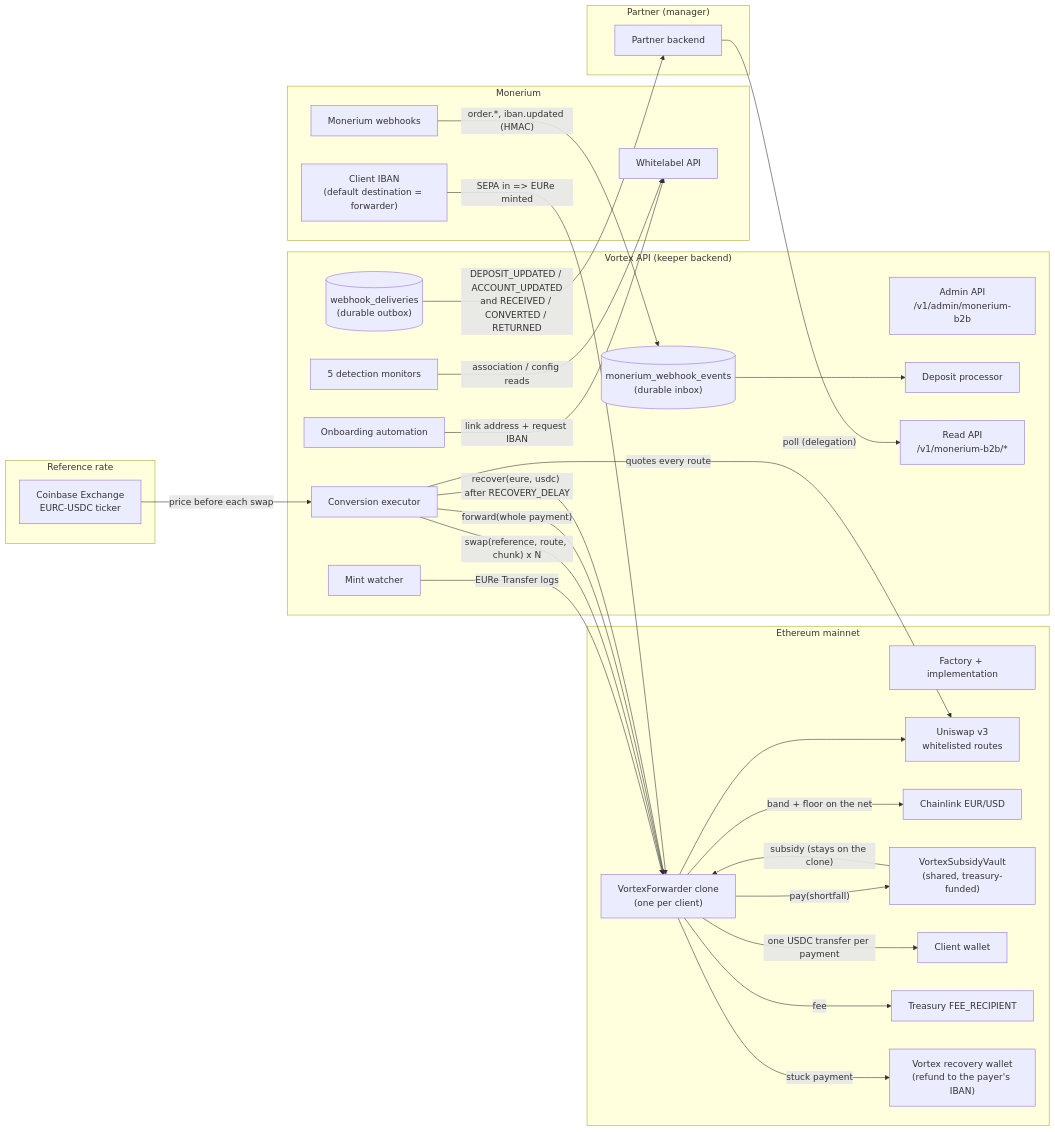
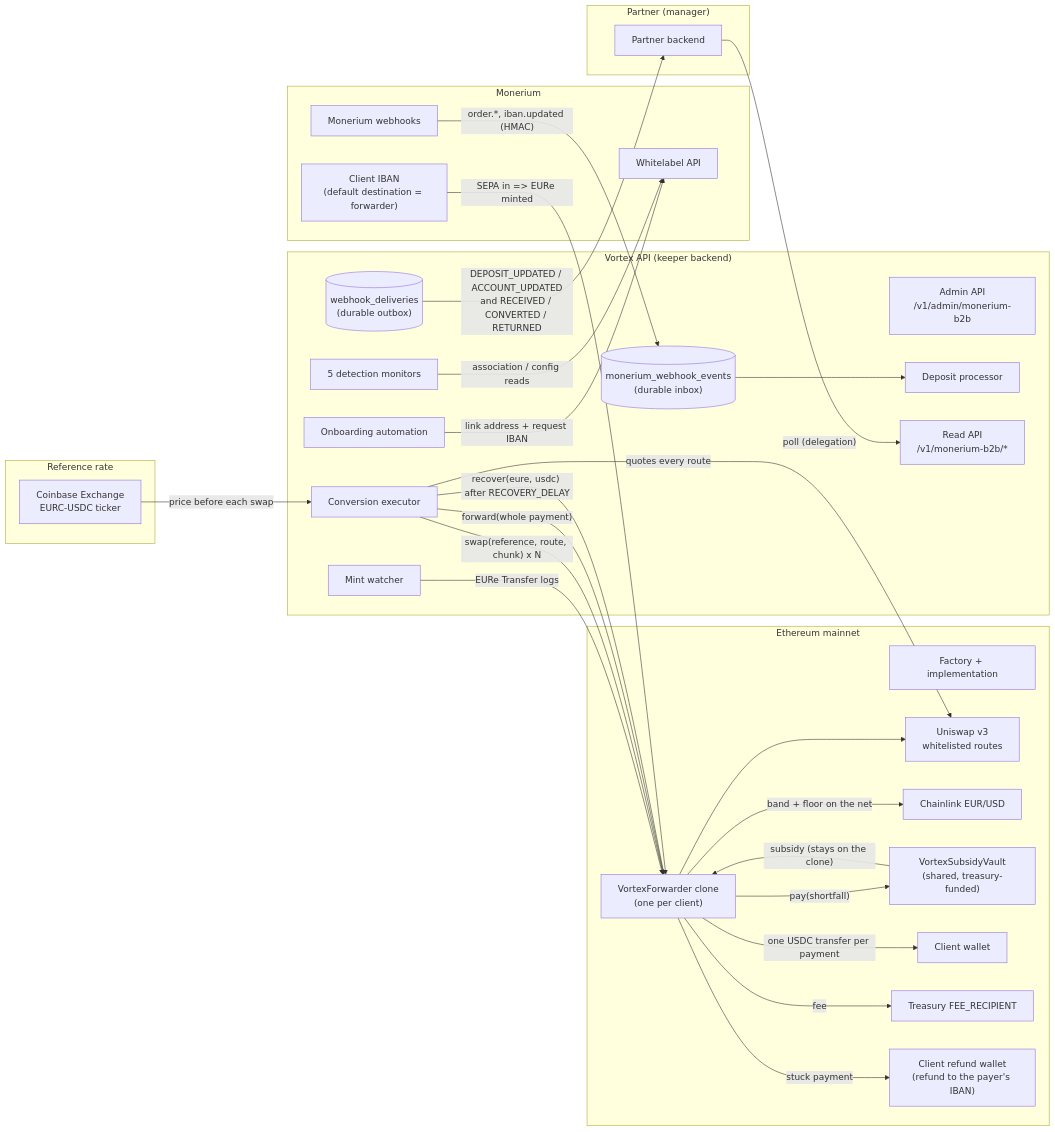
Before and after one commit to pendulum-chain/vortex: the first of 8 diagrams in docs/architecture-monerium-b2b-onramp.md, drawn with Mermaid. The commit also changed other lines of this file and 5 other files, not shown here.

First line of the commit message:
docs(repo): document per-client refund wallets for the B2B onramp

````diff
--- a/docs/architecture-monerium-b2b-onramp.md
+++ b/docs/architecture-monerium-b2b-onramp.md
@@ -41,60 +41,60 @@
 ```mermaid
 flowchart LR
     subgraph Partner["Partner (manager)"]
         PAPI[Partner backend]
     end
 
     subgraph Monerium
         IBAN["Client IBAN\n(default destination = forwarder)"]
         MAPI[Whitelabel API]
         MWH[Monerium webhooks]
     end
 
     subgraph Chain["Ethereum mainnet"]
         FWD["VortexForwarder clone\n(one per client)"]
         FACT[Factory + implementation]
         UNI[Uniswap v3\nwhitelisted routes]
         LINK[Chainlink EUR/USD]
         VAULT["VortexSubsidyVault\n(shared, treasury-funded)"]
         DEST[Client wallet]
         TREAS[Treasury FEE_RECIPIENT]
-        RECOV["Vortex recovery wallet\n(refund to the payer's IBAN)"]
+        RECOV["Client refund wallet\n(refund to the payer's IBAN)"]
     end
 
     subgraph Reference["Reference rate"]
         CB[Coinbase Exchange\nEURC-USDC ticker]
     end
 
     subgraph Vortex["Vortex API (keeper backend)"]
         ADM["Admin API\n/v1/admin/monerium-b2b"]
         INBOX[("monerium_webhook_events\n(durable inbox)")]
         DP[Deposit processor]
         MW[Mint watcher]
         CE[Conversion executor]
         ONB[Onboarding automation]
         MONI[5 detection monitors]
         OUTBOX[("webhook_deliveries\n(durable outbox)")]
         READ["Read API\n/v1/monerium-b2b/*"]
     end
 
     IBAN -- "SEPA in => EURe minted" --> FWD
     MWH -- "order.*, iban.updated (HMAC)" --> INBOX
     INBOX --> DP
     MW -- "EURe Transfer logs" --> FWD
     CB -- "price before each swap" --> CE
     CE -- "quotes every route" --> UNI
     CE -- "swap(reference, route, chunk) x N" --> FWD
     CE -- "forward(whole payment)" --> FWD
     CE -- "recover(eure, usdc) after RECOVERY_DELAY" --> FWD
     FWD --> UNI
     FWD -- "band + floor on the net" --> LINK
     FWD -- "one USDC transfer per payment" --> DEST
     FWD -- fee --> TREAS
     FWD -- "pay(shortfall)" --> VAULT
     VAULT -- "subsidy (stays on the clone)" --> FWD
     FWD -- "stuck payment" --> RECOV
     ONB -- "link address + request IBAN" --> MAPI
     MONI -- "association / config reads" --> MAPI
     OUTBOX -- "DEPOSIT_UPDATED / ACCOUNT_UPDATED\nand RECEIVED / CONVERTED / RETURNED" --> PAPI
     PAPI -- "poll (delegation)" --> READ
 ```
````
